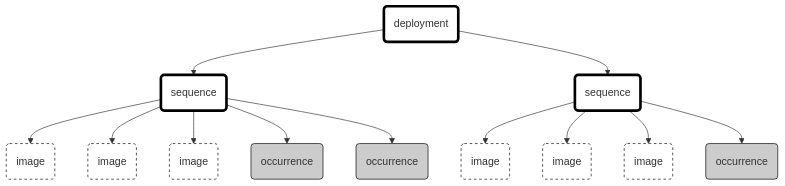
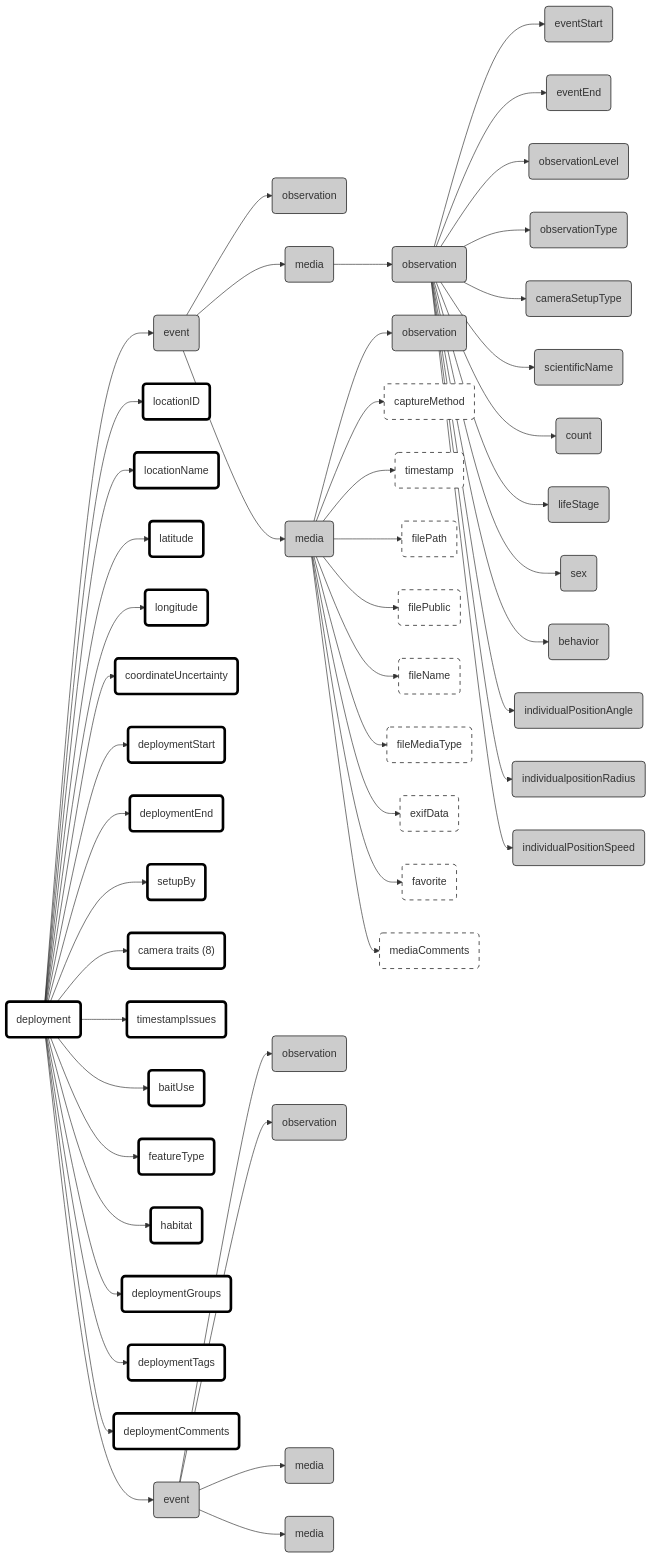
Before and after one commit to inbo/dwc-event-workshop: the diagram in camera-trap-data/README.md, drawn with Mermaid. The commit also changed other lines of this file, not shown here.

````diff
--- a/camera-trap-data/README.md
+++ b/camera-trap-data/README.md
@@ -5,33 +5,117 @@
 ```mermaid
-flowchart
-    deployment("deployment"):::event
-    seq1("sequence"):::event
-    seq2("sequence"):::event
-    occ1("occurrence"):::occurrence
-    occ2("occurrence"):::occurrence
-    occ3("occurrence"):::occurrence
-    multi1("image"):::multimedia
-    multi2("image"):::multimedia
-    multi3("image"):::multimedia
-    multi4("image"):::multimedia
-    multi5("image"):::multimedia
-    multi6("image"):::multimedia
+flowchart LR
+    deployment("deployment"):::deployment
+    event1("event"):::observation
+    event2("event"):::observation
+
+    obs1("observation"):::observation
+    obs2("observation"):::observation
+    obs3("observation"):::observation
+    obs4("observation"):::observation
+    obs5("observation"):::observation
+
+    media1("media"):::observation
+    media2("media"):::observation
+    media3("media"):::observation
+    media4("media"):::observation
+
+    locationID("locationID"):::deployment
+    locationName("locationName"):::deployment
+    latitude("latitude"):::deployment
+    longitude("longitude"):::deployment
+    coordinateUncertainty("coordinateUncertainty"):::deployment
+    deploymentStart("deploymentStart"):::deployment
+    deploymentEnd("deploymentEnd"):::deployment
+    setupBy("setupBy"):::deployment
+    cameratraits("camera traits (8)"):::deployment
+    timestampIssues("timestampIssues"):::deployment
+    baitUse("baitUse"):::deployment
+    featureType("featureType"):::deployment
+    habitat("habitat"):::deployment
+    deploymentGroups("deploymentGroups"):::deployment
+    deploymentTags("deploymentTags"):::deployment
+    deploymentComments("deploymentComments"):::deployment
+
+    eventStart("eventStart"):::observation
+    eventEnd("eventEnd"):::observation
+    observationLevel("observationLevel"):::observation
+    observationType("observationType"):::observation
+    cameraSetupType("cameraSetupType"):::observation
+    scientificName("scientificName"):::observation
+    count("count"):::observation
+    lifeStage("lifeStage"):::observation
+    sex("sex"):::observation
+    behavior("behavior"):::observation
+    individualpositionRadius("individualpositionRadius"):::observation
+    individualPositionAngle("individualPositionAngle"):::observation
+    individualPositionSpeed("individualPositionSpeed"):::observation
+
+    captureMethod("captureMethod"):::media
+    timestamp("timestamp"):::media
+    filePath("filePath"):::media
+    filePublic("filePublic"):::media
+    fileName("fileName"):::media
+    fileMediaType("fileMediaType"):::media
+    exifData("exifData"):::media
+    favorite("favorite"):::media
+    mediaComments("mediaComments"):::media
+
+    classDef deployment fill:#fff,stroke-width:4px,stroke:#000;
+    classDef observation fill:#ccc,stroke-width:1px,stroke:#000;
+    classDef media       fill:#fff,stroke-width:1px,stroke:#000, stroke-dasharray:6;
+
+deployment --> event1
+
+deployment --> locationID
+deployment --> locationName
+deployment --> latitude
+deployment --> longitude
+deployment --> coordinateUncertainty
+deployment --> deploymentStart
+deployment --> deploymentEnd
+deployment --> setupBy
+deployment --> cameratraits
+deployment --> timestampIssues
+deployment --> baitUse
+deployment --> featureType
+deployment --> habitat
+deployment --> deploymentGroups
+deployment --> deploymentTags
+deployment --> deploymentComments
+
+    event1 --> obs1
+    event1 --> media1
+        media1 --> obs2
+    event1 --> media2
+        media2 --> obs3
+        media2 --> captureMethod
+        media2 --> timestamp
+        media2 --> filePath
+        media2 --> filePublic
+        media2 --> fileName
+        media2 --> fileMediaType
+        media2 --> exifData
+        media2 --> favorite
+        media2 --> mediaComments
+
+
+deployment --> event2
+    event2 --> obs4
+    event2 --> obs5
+        obs2 --> eventStart
+        obs2 --> eventEnd
+        obs2 --> observationLevel
+        obs2 --> observationType
+        obs2 --> cameraSetupType
+        obs2 --> scientificName
+        obs2 --> count
+        obs2 --> lifeStage
+        obs2 --> sex
+        obs2 --> behavior
+        obs2 --> individualPositionAngle
+        obs2 --> individualpositionRadius
+        obs2 --> individualPositionSpeed
     
-
-    classDef event fill:#fff,stroke-width:4px,stroke:#000;
-    classDef occurrence fill:#ccc,stroke-width:1px,stroke:#000;
-    classDef multimedia fill:#fff,stroke-width:1px,stroke:#000,stroke-dasharray:4;
-
-    deployment --> seq1
-        seq1 --> multi1
-        seq1 --> multi2
-        seq1 --> multi3
-        seq1 --> occ1
-        seq1 --> occ2
-
-    deployment --> seq2
-        seq2 --> multi4
-        seq2 --> multi5
-        seq2 --> multi6
-        seq2 --> occ3
+    event2 --> media3
+    event2 --> media4
 ```
````
